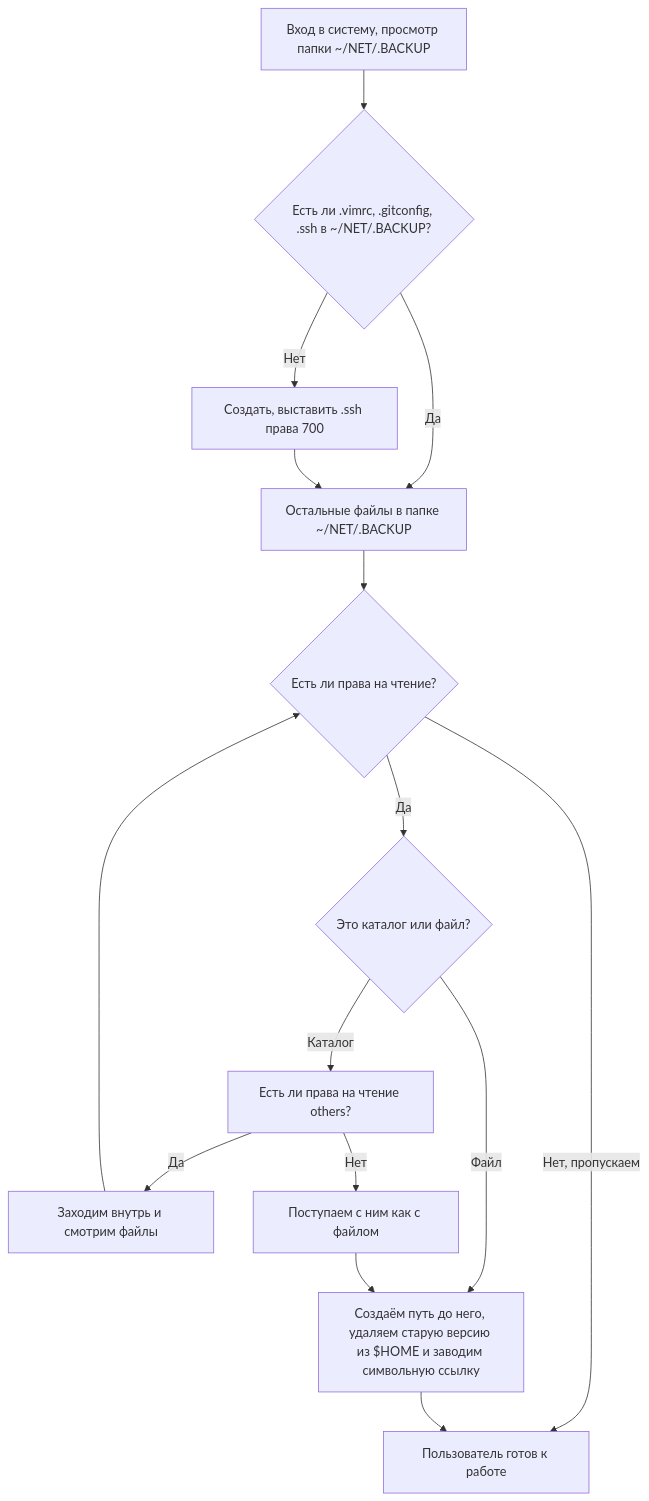
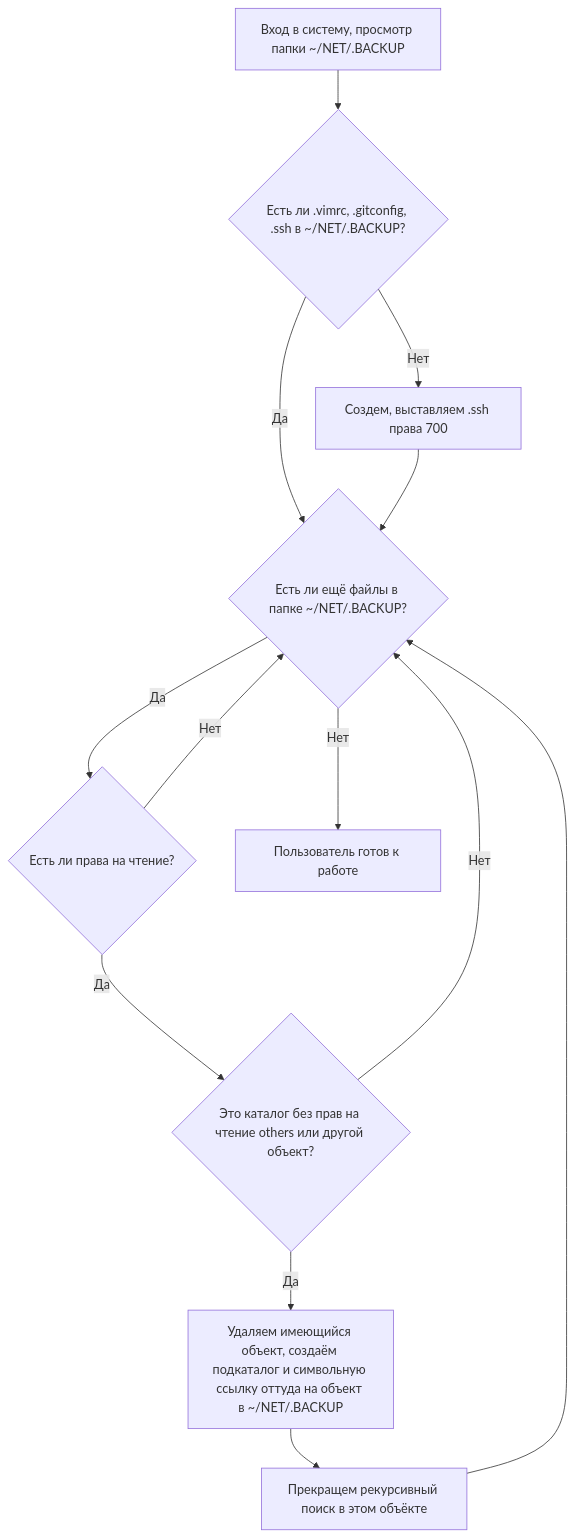
The diagram in features.in/04mount/live/files/usr/share/doc/FEATURES/net-backup.md (ArtyomOsipchuk/mkimage-profiles), drawn with Mermaid before and after one commit. The commit also changed other lines of this file, not shown here.

Commit message:
Added net filesystem backup feature

````diff
--- a/features.in/04mount/live/files/usr/share/doc/FEATURES/net-backup.md
+++ b/features.in/04mount/live/files/usr/share/doc/FEATURES/net-backup.md
@@ -17,17 +16,15 @@
 ```mermaid
 graph TD
-A[Вход в систему, просмотр папки ~/NET/.BACKUP] --> B{Есть ли .vimrc, .gitconfig, .ssh в ~/NET/.BACKUP?}
-B --> |Нет| C[Создать, выставить .ssh права 700]
-B --> |Да| D[Остальные файлы в папке ~/NET/.BACKUP]
-C --> D
-D --> E{Есть ли права на чтение?}
-E --> |Нет, пропускаем| F[Пользователь готов к работе]
-E --> |Да| G{Это каталог или файл?}
-G --> |Файл| K[Создаём путь до него, удаляем старую версию из $HOME и заводим символьную ссылку]
-G --> |Каталог| J[Есть ли права на чтение others?]
-J --> |Да| H[Заходим внутрь и смотрим файлы]
-J --> |Нет| I[Поступаем с ним как с файлом]
-H --> E
-I --> K
-K --> F
+    START[Вход в систему, просмотр папки ~/NET/.BACKUP] --> INIT{Есть ли .vimrc, .gitconfig, .ssh в ~/NET/.BACKUP?}
+    INIT --> |Нет| CREATE[Создем, выставляем .ssh права 700]
+    INIT --> |Да| BROWSE{Есть ли ещё файлы в папке ~/NET/.BACKUP?}
+    CREATE --> BROWSE
+    BROWSE --> |Да| SKIP{Есть ли права на чтение?}
+    SKIP --> |Нет| BROWSE
+    SKIP --> |Да| TOLINK{Это каталог без прав на чтение others или другой объект?}
+    TOLINK --> |Да| LINK[Удаляем имеющийся объект, создаём подкаталог и символьную ссылку оттуда на объект в ~/NET/.BACKUP]
+    TOLINK --> |Нет| BROWSE
+    LINK --> PRUNE[Прекращем рекурсивный поиск в этом объёкте]
+    PRUNE --> BROWSE
+    BROWSE --> |Нет| FINAL[Пользователь готов к работе]
 ```
````
